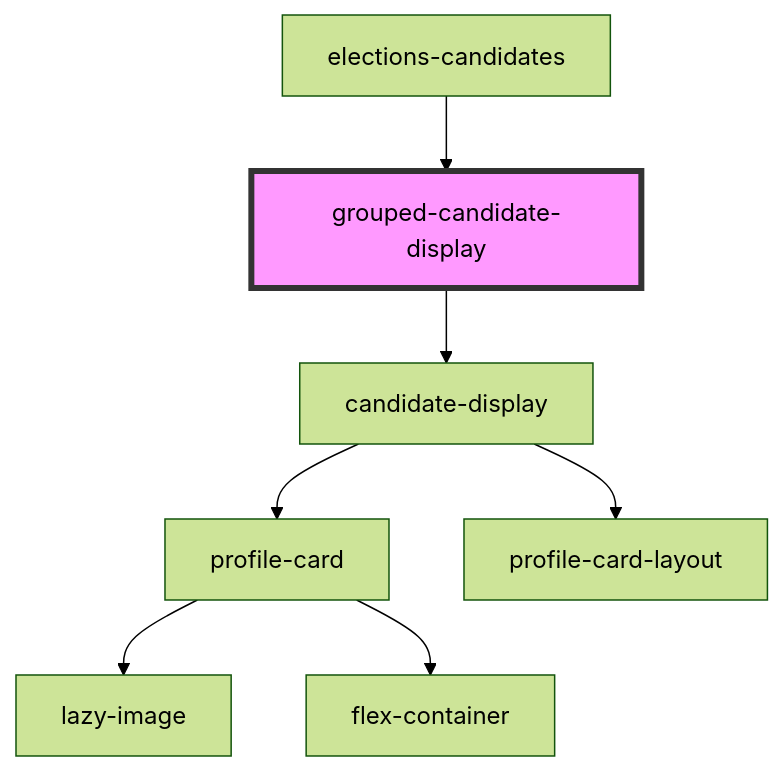
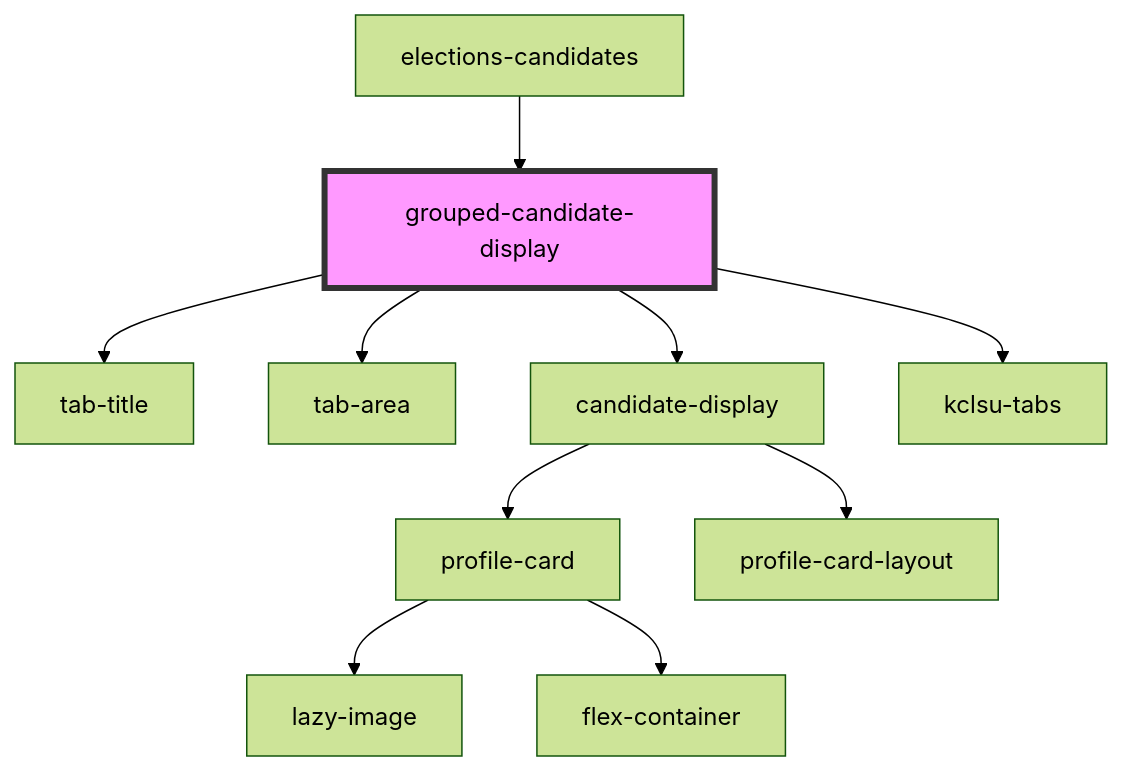
The diagram in src/components/projects/elections/elections-candidates/grouped-candidates-display/readme.md (dev-kylo/component_library), drawn with Mermaid (forest theme) before and after one commit. The commit also changed other lines of this file and 32 other files, not shown here.

````diff
--- a/src/components/projects/elections/elections-candidates/grouped-candidates-display/readme.md
+++ b/src/components/projects/elections/elections-candidates/grouped-candidates-display/readme.md
@@ -26,10 +29,13 @@
 ```mermaid
 graph TD;
+  grouped-candidate-display --> tab-title
+  grouped-candidate-display --> tab-area
   grouped-candidate-display --> candidate-display
+  grouped-candidate-display --> kclsu-tabs
   candidate-display --> profile-card
   candidate-display --> profile-card-layout
   profile-card --> lazy-image
   profile-card --> flex-container
   elections-candidates --> grouped-candidate-display
   style grouped-candidate-display fill:#f9f,stroke:#333,stroke-width:4px
 ```
````
